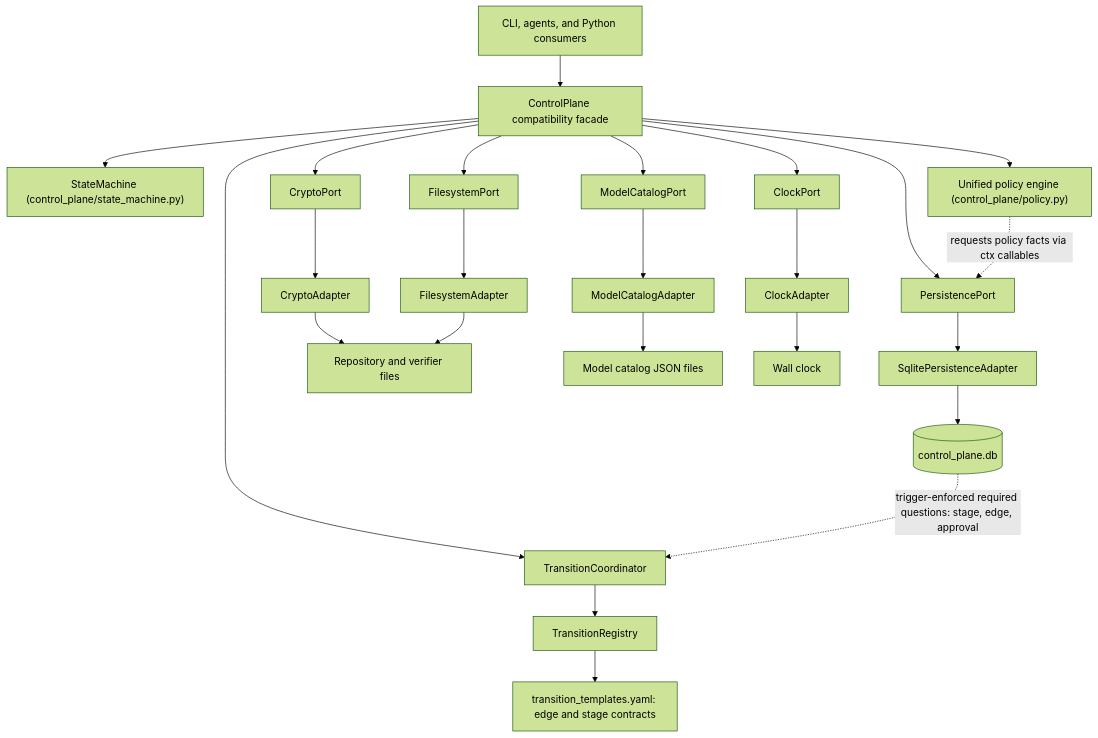
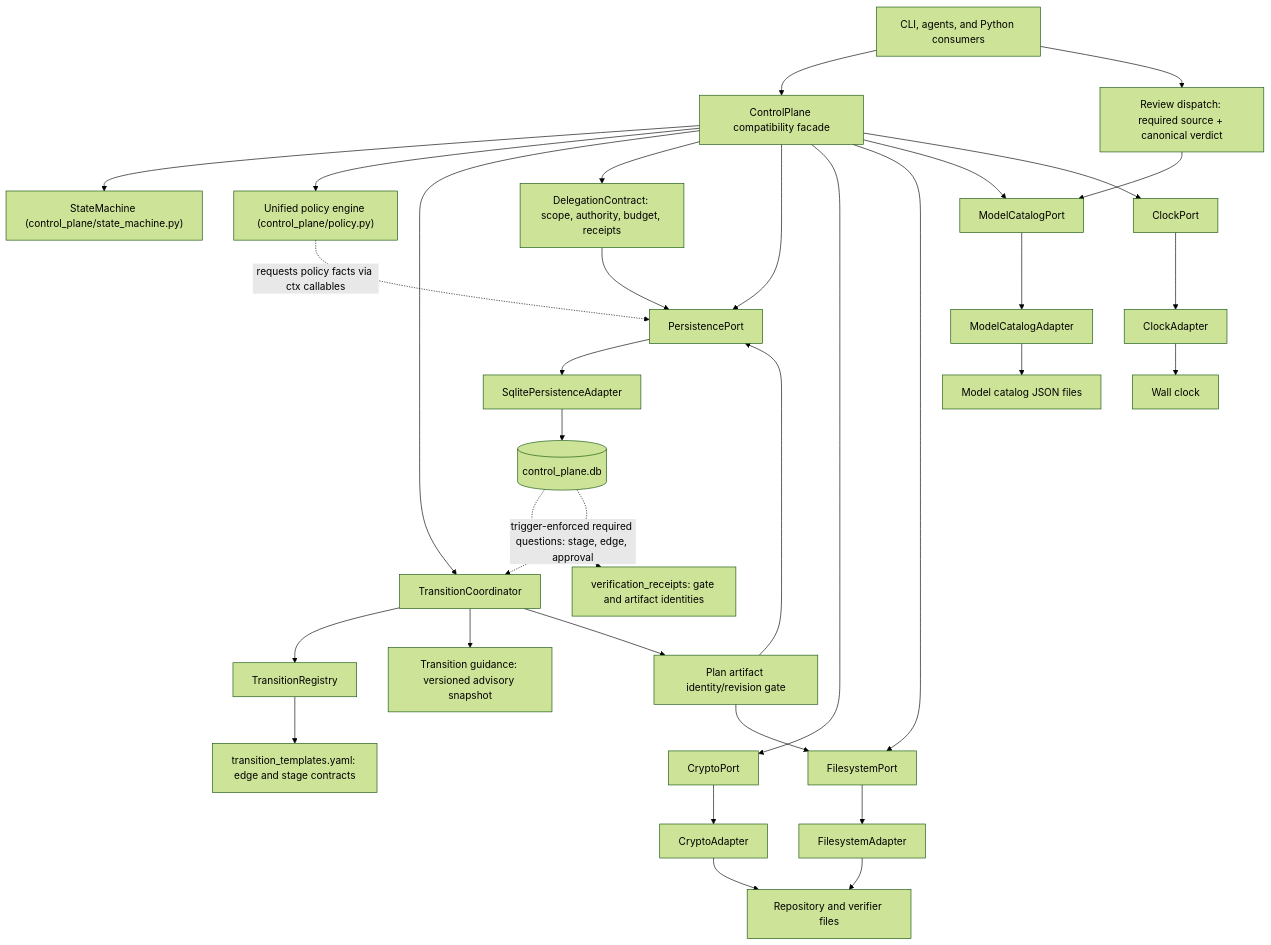
Before and after one commit to richfrem/agent-plugins-skills: the diagram in docs/diagrams/control-plane-architecture.mermaid, drawn with Mermaid (forest theme). The commit also changed 50 other files, not shown here.

```diff
--- a/docs/diagrams/control-plane-architecture.mermaid
+++ b/docs/diagrams/control-plane-architecture.mermaid
@@ -1,54 +1,68 @@
 flowchart TB
     Callers["CLI, agents, and Python consumers"]
     Facade["ControlPlane compatibility facade"]
     Coordinator["TransitionCoordinator"]
     Registry["TransitionRegistry"]
     Templates["transition_templates.yaml: edge and stage contracts"]
+    Guidance["Transition guidance: versioned advisory snapshot"]
+    ArtifactGate["Plan artifact identity/revision gate"]
+    Delegation["DelegationContract: scope, authority, budget, receipts"]
+    ReviewDispatch["Review dispatch: required source + canonical verdict"]
 
     State["StateMachine (control_plane/state_machine.py)"]
     Policy["Unified policy engine (control_plane/policy.py)"]
 
     PersistencePort["PersistencePort"]
     CryptoPort["CryptoPort"]
     FilesystemPort["FilesystemPort"]
     ModelPort["ModelCatalogPort"]
     ClockPort["ClockPort"]
 
     SQLiteAdapter["SqlitePersistenceAdapter"]
     CryptoAdapter["CryptoAdapter"]
     FilesystemAdapter["FilesystemAdapter"]
     ModelAdapter["ModelCatalogAdapter"]
     ClockAdapter["ClockAdapter"]
 
     DB[(control_plane.db)]
+    Receipts["verification_receipts: gate and artifact identities"]
     RepoFiles["Repository and verifier files"]
     CatalogFiles["Model catalog JSON files"]
     Clock["Wall clock"]
 
     Callers --> Facade
 
     Facade --> State
     Facade --> Policy
     Facade --> Coordinator
     Coordinator --> Registry
+    Coordinator --> Guidance
+    Coordinator --> ArtifactGate
+    Facade --> Delegation
+    Callers --> ReviewDispatch
     Facade --> PersistencePort
     Facade --> CryptoPort
     Facade --> FilesystemPort
     Facade --> ModelPort
     Facade --> ClockPort
 
     Policy -.->|"requests policy facts via ctx callables"| PersistencePort
     Registry --> Templates
 
     PersistencePort --> SQLiteAdapter
     CryptoPort --> CryptoAdapter
     FilesystemPort --> FilesystemAdapter
     ModelPort --> ModelAdapter
     ClockPort --> ClockAdapter
 
     SQLiteAdapter --> DB
+    Delegation --> PersistencePort
+    ReviewDispatch --> ModelPort
+    ArtifactGate --> FilesystemPort
+    ArtifactGate --> PersistencePort
+    DB -.-> Receipts
     DB -.->|"trigger-enforced required questions: stage, edge, approval"| Coordinator
     CryptoAdapter --> RepoFiles
     FilesystemAdapter --> RepoFiles
     ModelAdapter --> CatalogFiles
     ClockAdapter --> Clock
```
